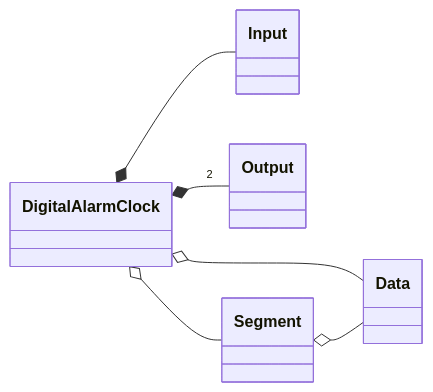
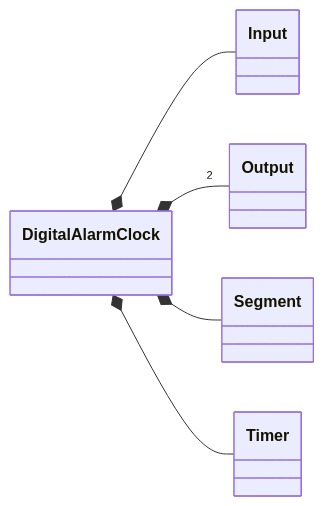
The third of 3 diagrams in README.md (vermilion9312/digital-alarm-clock), drawn with Mermaid before and after one commit. The commit also changed other lines of this file, not shown here.

Commit message:
Refactor class diagrams in README.md

````diff
--- a/README.md
+++ b/README.md
@@ -53,28 +43,16 @@
 ```mermaid
 classDiagram
 direction LR
 
-class Input {
-}
-
-class Output {
-}
-
-class Segment {
-}
-
-class Data {
-}
-
-class DigitalAlarmClock {
-}
+class Input
+class Output 
+class Segment 
+class Timer
+class DigitalAlarmClock
 
 DigitalAlarmClock *-- Input
 DigitalAlarmClock *-- "2" Output
-DigitalAlarmClock o-- Segment
-DigitalAlarmClock o-- Data
-Segment o-- Data
-
-
+DigitalAlarmClock *-- Segment
+DigitalAlarmClock *-- Timer
 
 ```
````
